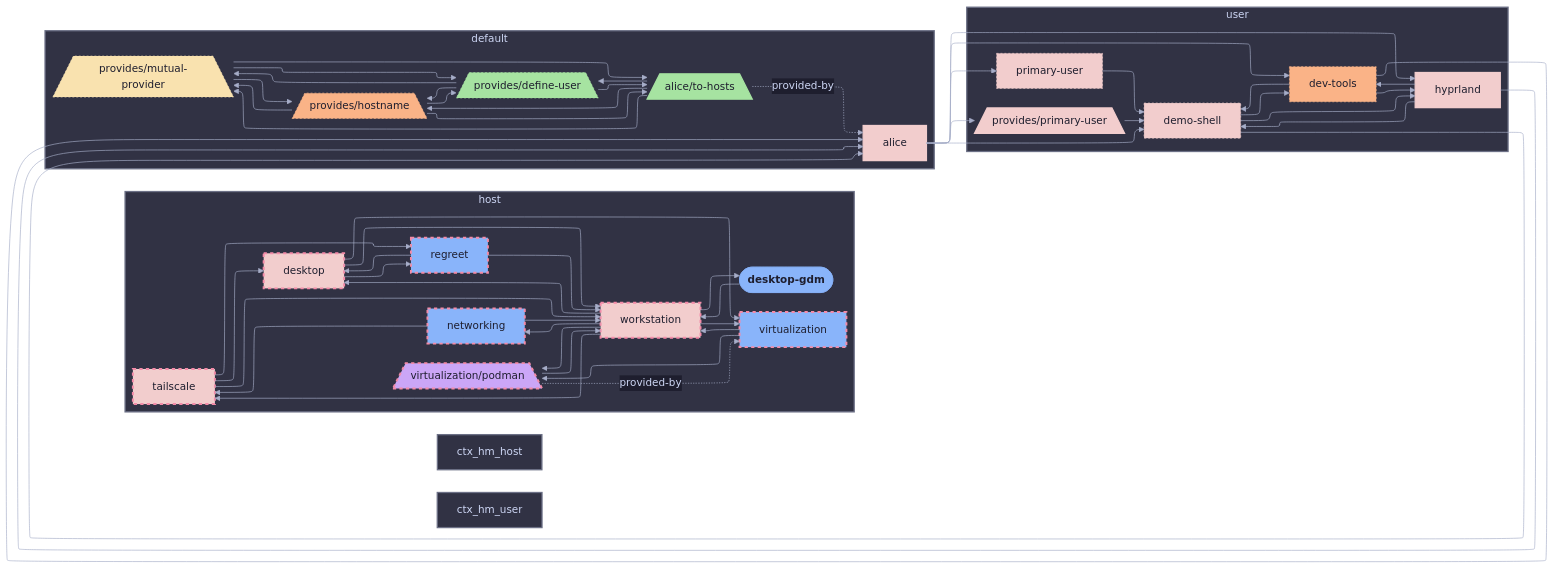
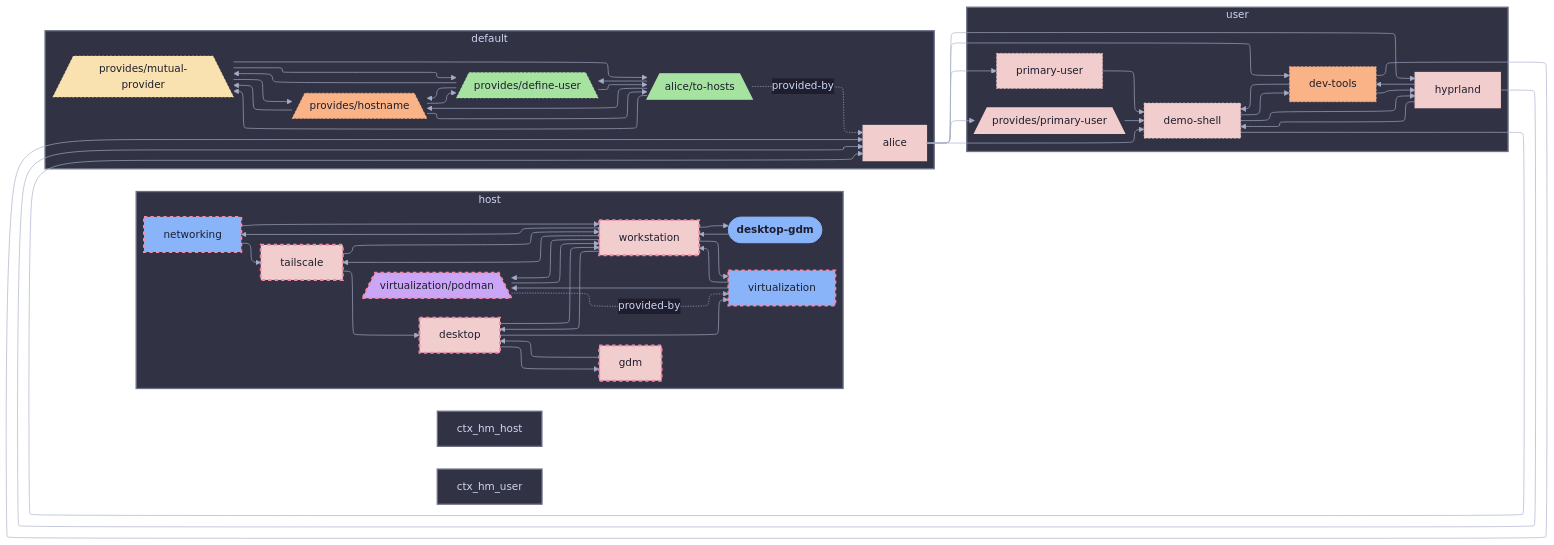
Before and after one commit to sini/den: the diagram in templates/diag-fx-demo/diagrams/desktop-gdm-diff-classes.md, drawn with Mermaid. The commit also changed 526 other files, not shown here.

Commit message:
chore: update fx diagrams

```diff
--- a/templates/diag-fx-demo/diagrams/desktop-gdm-diff-classes.md
+++ b/templates/diag-fx-demo/diagrams/desktop-gdm-diff-classes.md
@@ -9,22 +9,20 @@
 
   subgraph ctx_host["host"]
   desktop["desktop"]:::desktop_c
+  gdm["gdm"]:::gdm_c
   networking["networking"]:::networking_c
   virtualization__podman[/"virtualization/podman"\]:::virtualization__podman_c
-  regreet["regreet"]:::regreet_c
   tailscale["tailscale"]:::tailscale_c
   virtualization["virtualization"]:::virtualization_c
   workstation["workstation"]:::workstation_c
-  desktop --> regreet
+  desktop --> gdm
   desktop --> virtualization
   desktop --> workstation
   desktop_gdm --> workstation
+  gdm --> desktop
   networking --> tailscale
   networking --> workstation
-  regreet --> desktop
-  regreet --> workstation
   tailscale --> desktop
-  tailscale --> regreet
   tailscale --> workstation
   virtualization --> virtualization__podman
   virtualization --> workstation
@@ -89,6 +87,7 @@
   classDef desktop_c fill:#f2cdcd,stroke:#f38ba8,color:#1e1e2e,stroke-dasharray: 5 5,stroke-width:3px
   classDef desktop_gdm_c fill:#f2cdcd,stroke:#f38ba8,color:#1e1e2e,stroke-dasharray: 5 5,stroke-width:3px
   classDef dev_tools_c fill:#fab387,stroke:#fab387,color:#1e1e2e,stroke-dasharray: 3 3,stroke-width:1px
+  classDef gdm_c fill:#f2cdcd,stroke:#f38ba8,color:#1e1e2e,stroke-dasharray: 5 5,stroke-width:3px
   classDef den__provides__hostname_c fill:#fab387,stroke:#fab387,color:#1e1e2e,stroke-dasharray: 3 3,stroke-width:1px
   classDef hyprland_c fill:#f2cdcd,stroke:#f2cdcd,color:#1e1e2e,stroke-width:2px
   classDef den__provides__mutual_provider_c fill:#f9e2af,stroke:#f9e2af,color:#1e1e2e,stroke-dasharray: 3 3,stroke-width:1px
@@ -96,7 +95,6 @@
   classDef virtualization__podman_c fill:#cba6f7,stroke:#f38ba8,color:#1e1e2e,stroke-dasharray: 5 5,stroke-width:3px
   classDef primary_user_c fill:#f2cdcd,stroke:#f2cdcd,color:#1e1e2e,stroke-dasharray: 3 3,stroke-width:1px
   classDef den__provides__primary_user_c fill:#f2cdcd,stroke:#f2cdcd,color:#1e1e2e,stroke-width:2px
-  classDef regreet_c fill:#89b4fa,stroke:#f38ba8,color:#1e1e2e,stroke-dasharray: 5 5,stroke-width:3px
   classDef tailscale_c fill:#f2cdcd,stroke:#f38ba8,color:#1e1e2e,stroke-dasharray: 5 5,stroke-width:3px
   classDef alice__to_hosts_c fill:#a6e3a1,stroke:#a6e3a1,color:#1e1e2e,stroke-width:2px
   classDef virtualization_c fill:#89b4fa,stroke:#f38ba8,color:#1e1e2e,stroke-dasharray: 5 5,stroke-width:3px
```
